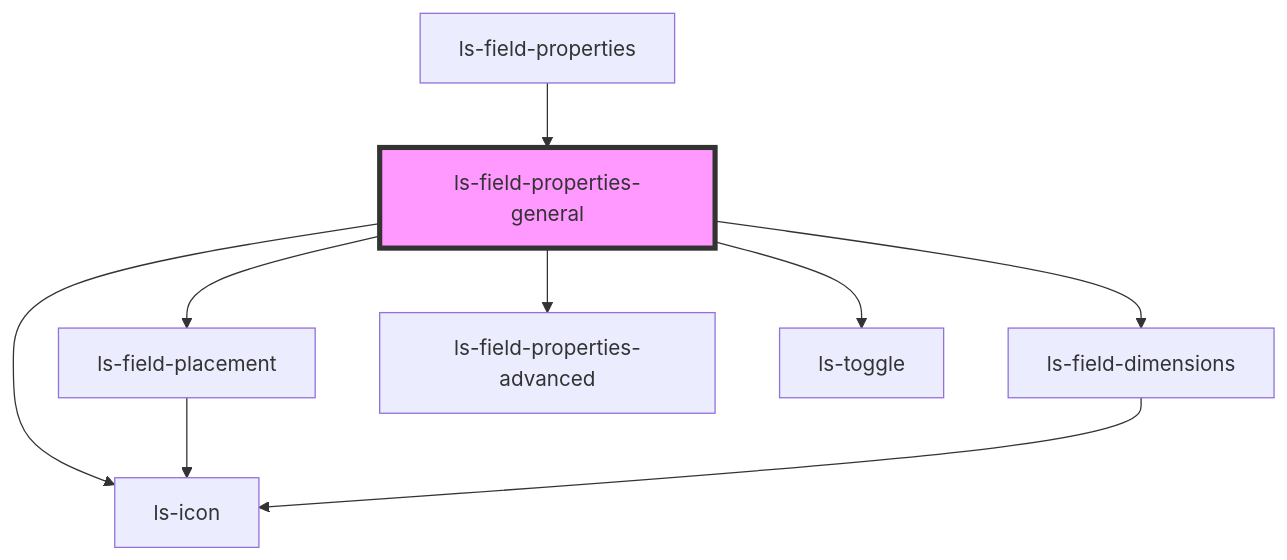
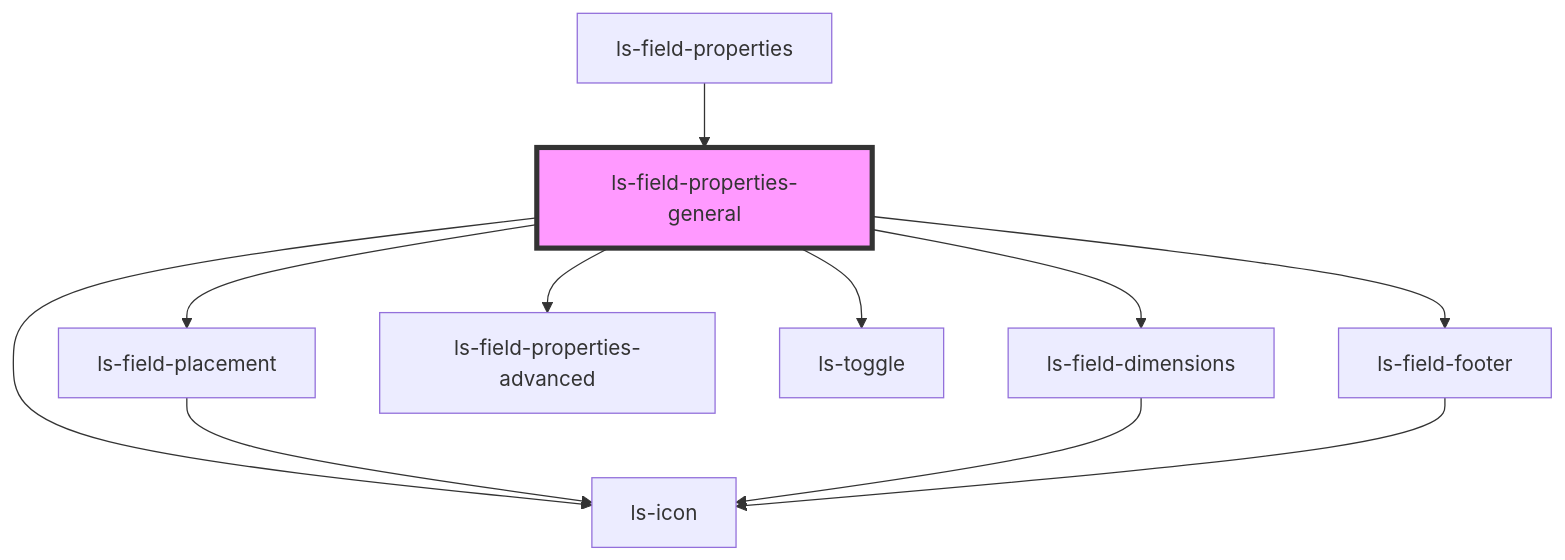
One commit to legalesign/ls-document-viewer changed the diagram in src/components/ls-field-properties-general/readme.md. Above: the diagram before and after it, drawn with Mermaid. The commit also changed other lines of this file and 4 other files, not shown here.

````diff
--- a/src/components/ls-field-properties-general/readme.md
+++ b/src/components/ls-field-properties-general/readme.md
@@ -31,12 +32,14 @@
 ```mermaid
 graph TD;
   ls-field-properties-general --> ls-field-placement
   ls-field-properties-general --> ls-field-dimensions
   ls-field-properties-general --> ls-field-properties-advanced
   ls-field-properties-general --> ls-icon
   ls-field-properties-general --> ls-toggle
+  ls-field-properties-general --> ls-field-footer
   ls-field-placement --> ls-icon
   ls-field-dimensions --> ls-icon
+  ls-field-footer --> ls-icon
   ls-field-properties --> ls-field-properties-general
   style ls-field-properties-general fill:#f9f,stroke:#333,stroke-width:4px
 ```
````
